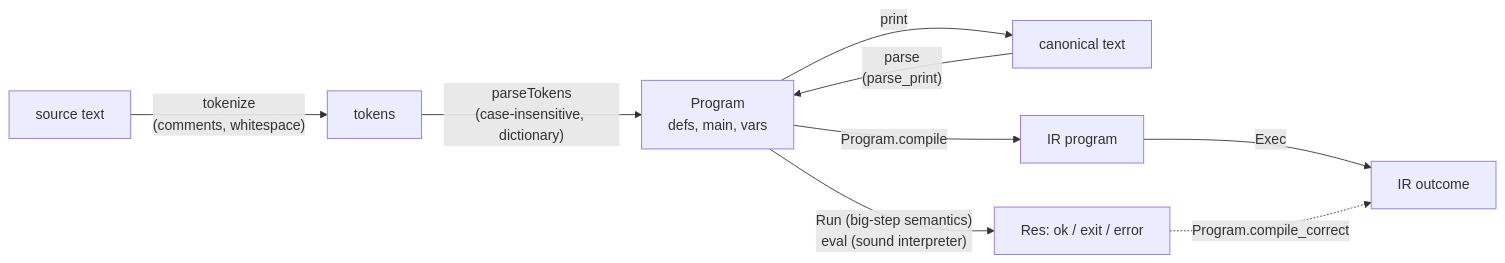
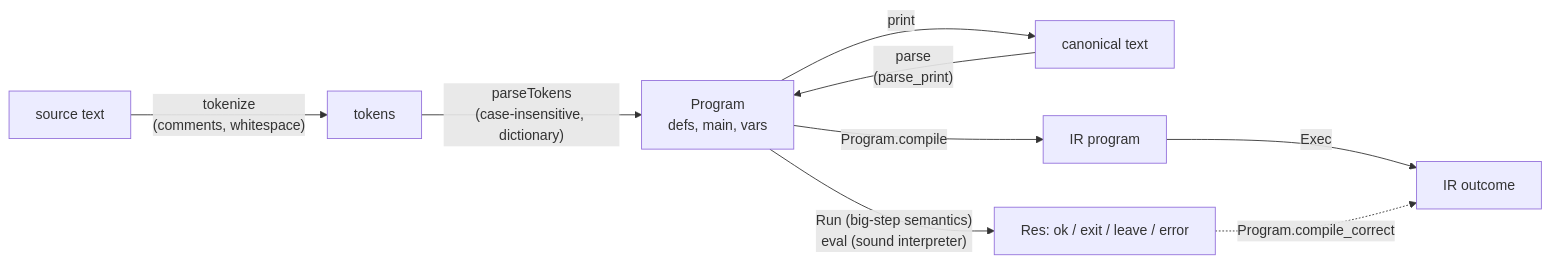
Before and after one commit to SNAPKITTYAGENT9NOVA/ai-free: the fifth of 15 diagrams in docs/README.md, drawn with Mermaid. The commit also changed other lines of this file and 2 other files, not shown here.

````diff
--- a/docs/README.md
+++ b/docs/README.md
@@ -314,11 +315,11 @@
 ```mermaid
 flowchart LR
   T["source text"] -->|"tokenize<br/>(comments, whitespace)"| TK["tokens"]
   TK -->|"parseTokens<br/>(case-insensitive, dictionary)"| PR["Program<br/>defs, main, vars"]
   PR -->|print| T2["canonical text"]
   T2 -->|"parse<br/>(parse_print)"| PR
   PR -->|"Program.compile"| IRP["IR program"]
-  PR -->|"Run (big-step semantics)<br/>eval (sound interpreter)"| RES["Res: ok / exit / error"]
+  PR -->|"Run (big-step semantics)<br/>eval (sound interpreter)"| RES["Res: ok / exit / leave / error"]
   IRP -->|"Exec"| OUT["IR outcome"]
   RES -.->|"Program.compile_correct"| OUT
 ```
````
